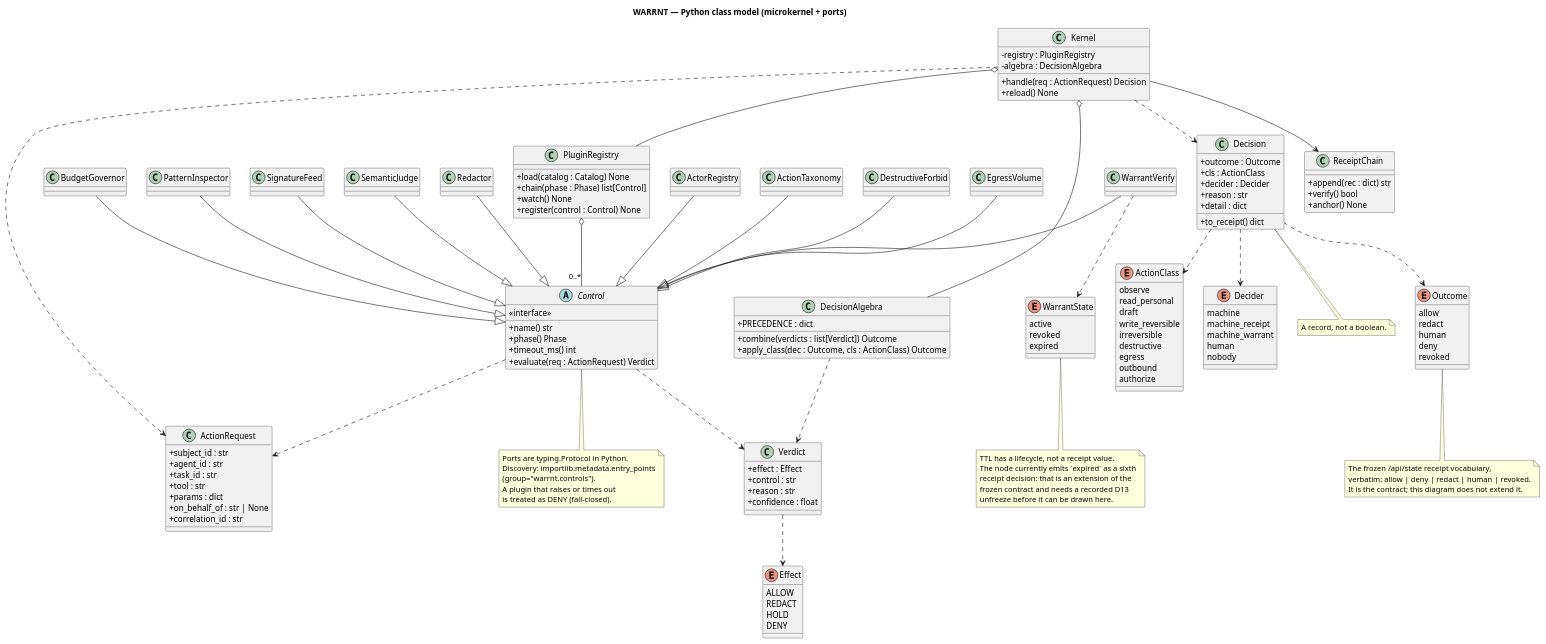
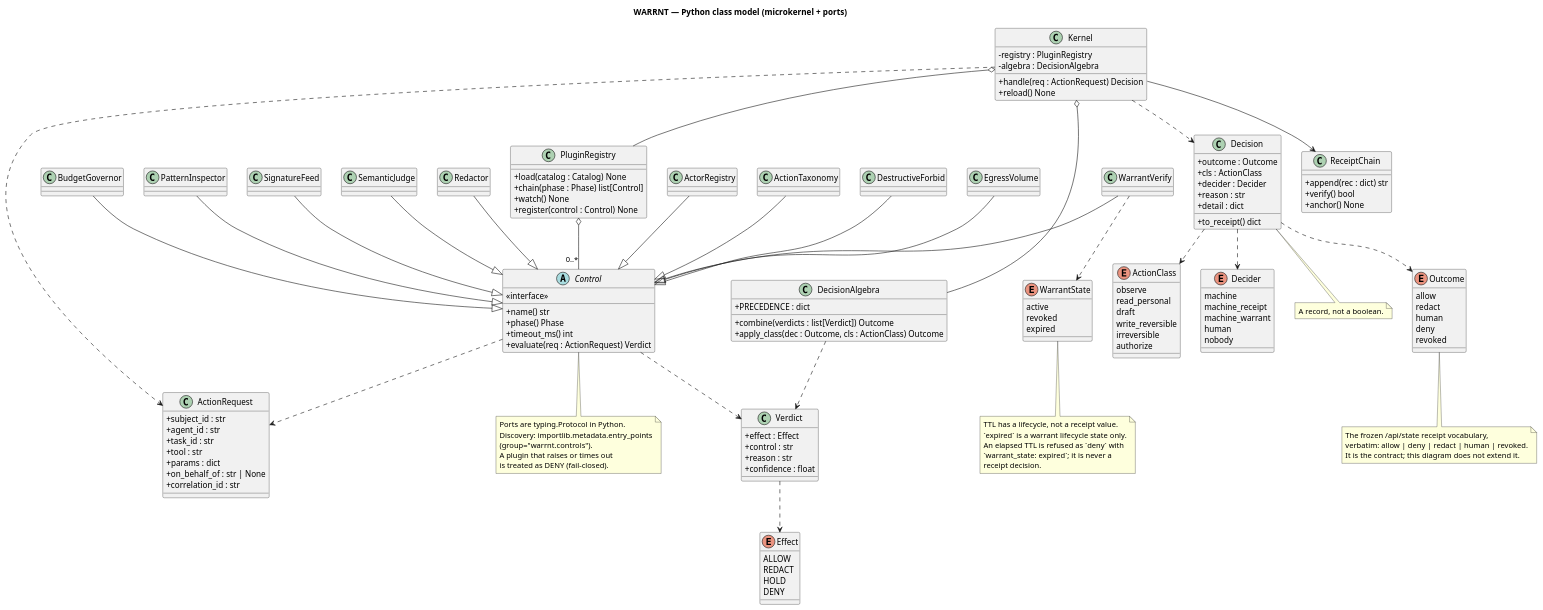
Before and after one commit to indrad3v4/hackyeah-2026-ai-control-layer: the diagram in docs/uml/kernel-classes.puml, drawn with PlantUML.

Commit message:
docs: align kernel UML with Stage 4 taxonomy

```diff
--- a/docs/uml/kernel-classes.puml
+++ b/docs/uml/kernel-classes.puml
@@ -1,164 +1,161 @@
 @startuml
 title WARRNT — Python class model (microkernel + ports)
 skinparam shadowing false
 skinparam classAttributeIconSize 0
 
 class ActionRequest {
   + subject_id : str
   + agent_id : str
   + task_id : str
   + tool : str
   + params : dict
   + on_behalf_of : str | None
   + correlation_id : str
 }
 
 enum Effect {
   ALLOW
   REDACT
   HOLD
   DENY
 }
 
 enum Outcome {
   allow
   redact
   human
   deny
   revoked
 }
 
 enum WarrantState {
   active
   revoked
   expired
 }
 
 enum ActionClass {
   observe
   read_personal
   draft
   write_reversible
   irreversible
-  destructive
-  egress
-  outbound
   authorize
 }
 
 enum Decider {
   machine
   machine_receipt
   machine_warrant
   human
   nobody
 }
 
 class Verdict {
   + effect : Effect
   + control : str
   + reason : str
   + confidence : float
 }
 
 class Decision {
   + outcome : Outcome
   + cls : ActionClass
   + decider : Decider
   + reason : str
   + detail : dict
   + to_receipt() dict
 }
 
 class Kernel {
   - registry : PluginRegistry
   - algebra : DecisionAlgebra
   + handle(req : ActionRequest) Decision
   + reload() None
 }
 
 class PluginRegistry {
   + load(catalog : Catalog) None
   + chain(phase : Phase) list[Control]
   + watch() None
   + register(control : Control) None
 }
 
 class DecisionAlgebra {
   + PRECEDENCE : dict
   + combine(verdicts : list[Verdict]) Outcome
   + apply_class(dec : Outcome, cls : ActionClass) Outcome
 }
 
 class ReceiptChain {
   + append(rec : dict) str
   + verify() bool
   + anchor() None
 }
 
 abstract class Control {
   <<interface>>
   + name() str
   + phase() Phase
   + timeout_ms() int
   + evaluate(req : ActionRequest) Verdict
 }
 
 class ActorRegistry
 class WarrantVerify
 class ActionTaxonomy
 class DestructiveForbid
 class EgressVolume
 class BudgetGovernor
 class PatternInspector
 class SignatureFeed
 class SemanticJudge
 class Redactor
 
 Kernel o-- PluginRegistry
 Kernel o-- DecisionAlgebra
 Kernel ..> ActionRequest
 Kernel ..> Decision
 PluginRegistry o-- "0..*" Control
 DecisionAlgebra ..> Verdict
 Control ..> Verdict
 Control ..> ActionRequest
 ActorRegistry --|> Control
 WarrantVerify --|> Control
 WarrantVerify ..> WarrantState
 ActionTaxonomy --|> Control
 DestructiveForbid --|> Control
 EgressVolume --|> Control
 BudgetGovernor --|> Control
 PatternInspector --|> Control
 SignatureFeed --|> Control
 SemanticJudge --|> Control
 Redactor --|> Control
 Decision ..> Outcome
 Decision ..> ActionClass
 Decision ..> Decider
 Verdict ..> Effect
 Kernel --> ReceiptChain
 note bottom of Control
   Ports are typing.Protocol in Python.
   Discovery: importlib.metadata.entry_points
   (group="warrnt.controls").
   A plugin that raises or times out
   is treated as DENY (fail-closed).
 end note
 note bottom of Outcome
   The frozen /api/state receipt vocabulary,
   verbatim: allow | deny | redact | human | revoked.
   It is the contract; this diagram does not extend it.
 end note
 note bottom of WarrantState
   TTL has a lifecycle, not a receipt value.
-  The node currently emits `expired` as a sixth
-  receipt decision: that is an extension of the
-  frozen contract and needs a recorded D13
-  unfreeze before it can be drawn here.
+  `expired` is a warrant lifecycle state only.
+  An elapsed TTL is refused as `deny` with
+  `warrant_state: expired`; it is never a
+  receipt decision.
 end note
 note bottom of Decision
   A record, not a boolean.
 end note
 @enduml
```
